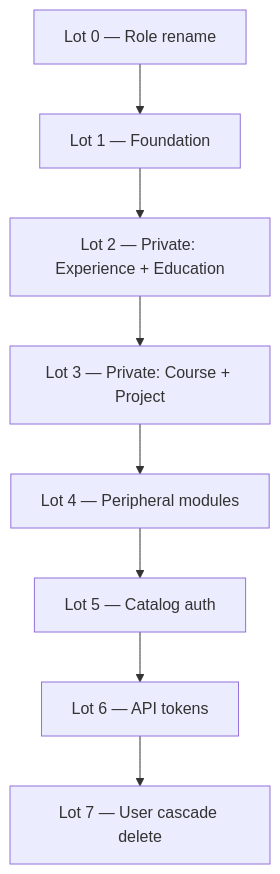
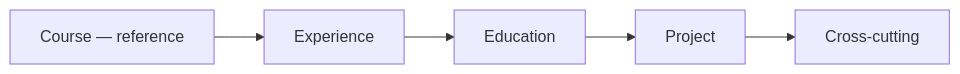
One commit to YaGRRusso/profile-info changed the diagram in apps/api/docs/adr/001-multi-tenant-migration.md. Above: the diagram before and after it, drawn with Mermaid. The commit also changed other lines of this file and 29 other files, not shown here.

First line of the commit message:
feat(api): enhance multi-tenant functionality and update course handling

````diff
--- a/apps/api/docs/adr/001-multi-tenant-migration.md
+++ b/apps/api/docs/adr/001-multi-tenant-migration.md
@@ -429,13 +242,10 @@
 ```mermaid
-flowchart TD
-    L0[Lot 0 — Role rename]
-    L1[Lot 1 — Foundation]
-    L2[Lot 2 — Private: Experience + Education]
-    L3[Lot 3 — Private: Course + Project]
-    L4[Lot 4 — Peripheral modules]
-    L5[Lot 5 — Catalog auth]
-    L6[Lot 6 — API tokens]
-    L7[Lot 7 — User cascade delete]
+flowchart LR
+    C[Course — reference]
+    E[Experience]
+    Ed[Education]
+    P[Project]
+    X[Cross-cutting]
 
-    L0 --> L1 --> L2 --> L3 --> L4 --> L5 --> L6 --> L7
+    C --> E --> Ed --> P --> X
 ```
````
